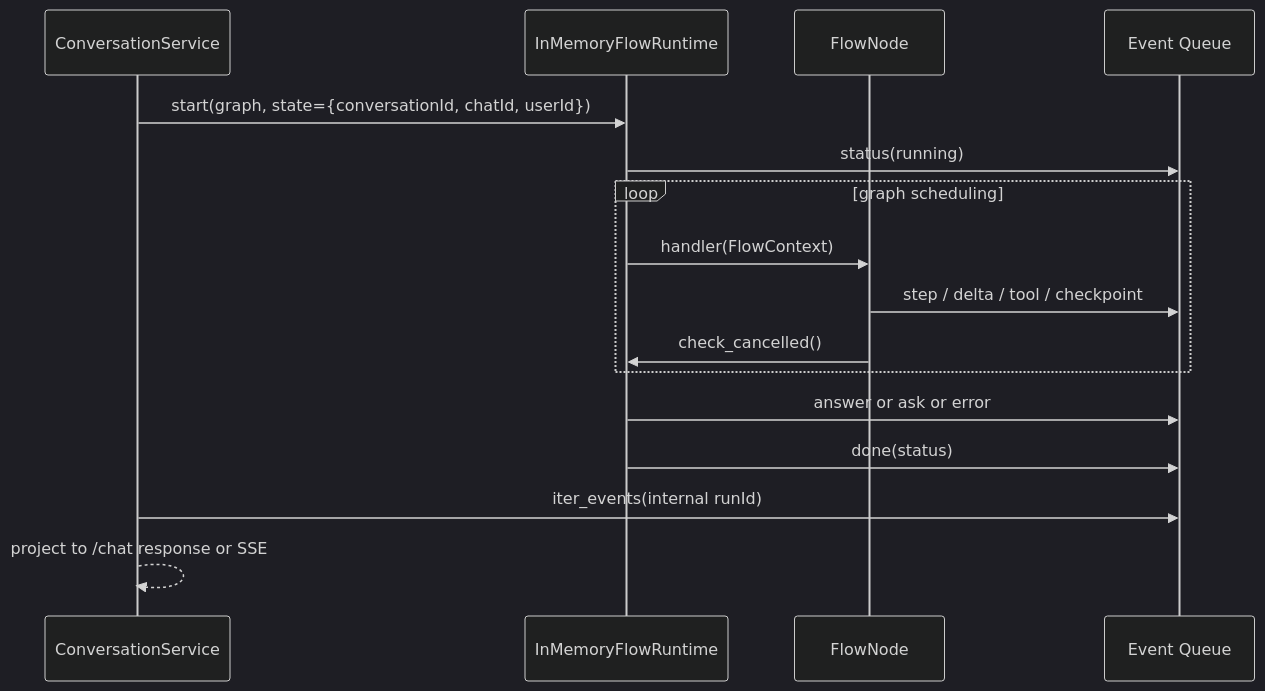
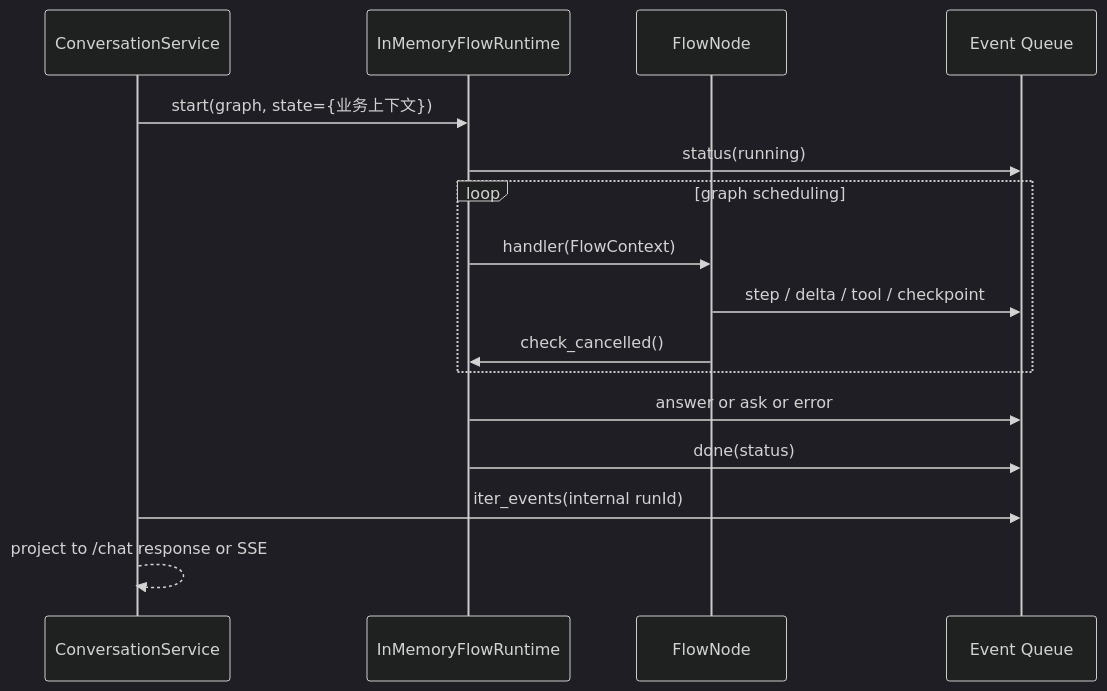
One commit to shel447/ReportSystem changed the third of 8 diagrams in docs/implementation/agentflow/README.md. Above: the diagram before and after it, drawn with Mermaid (dark theme). The commit also changed other lines of this file and 11 other files, not shown here.

````diff
--- a/docs/implementation/agentflow/README.md
+++ b/docs/implementation/agentflow/README.md
@@ -73,18 +73,18 @@
 ```mermaid
 sequenceDiagram
     participant C as ConversationService
     participant R as InMemoryFlowRuntime
     participant N as FlowNode
     participant Q as Event Queue
-    C->>R: start(graph, state={conversationId, chatId, userId})
+    C->>R: start(graph, state={业务上下文})
     R->>Q: status(running)
     loop graph scheduling
         R->>N: handler(FlowContext)
         N->>Q: step / delta / tool / checkpoint
         N->>R: check_cancelled()
     end
     R->>Q: answer or ask or error
     R->>Q: done(status)
     C->>Q: iter_events(internal runId)
     C-->>C: project to /chat response or SSE
 ```
````
